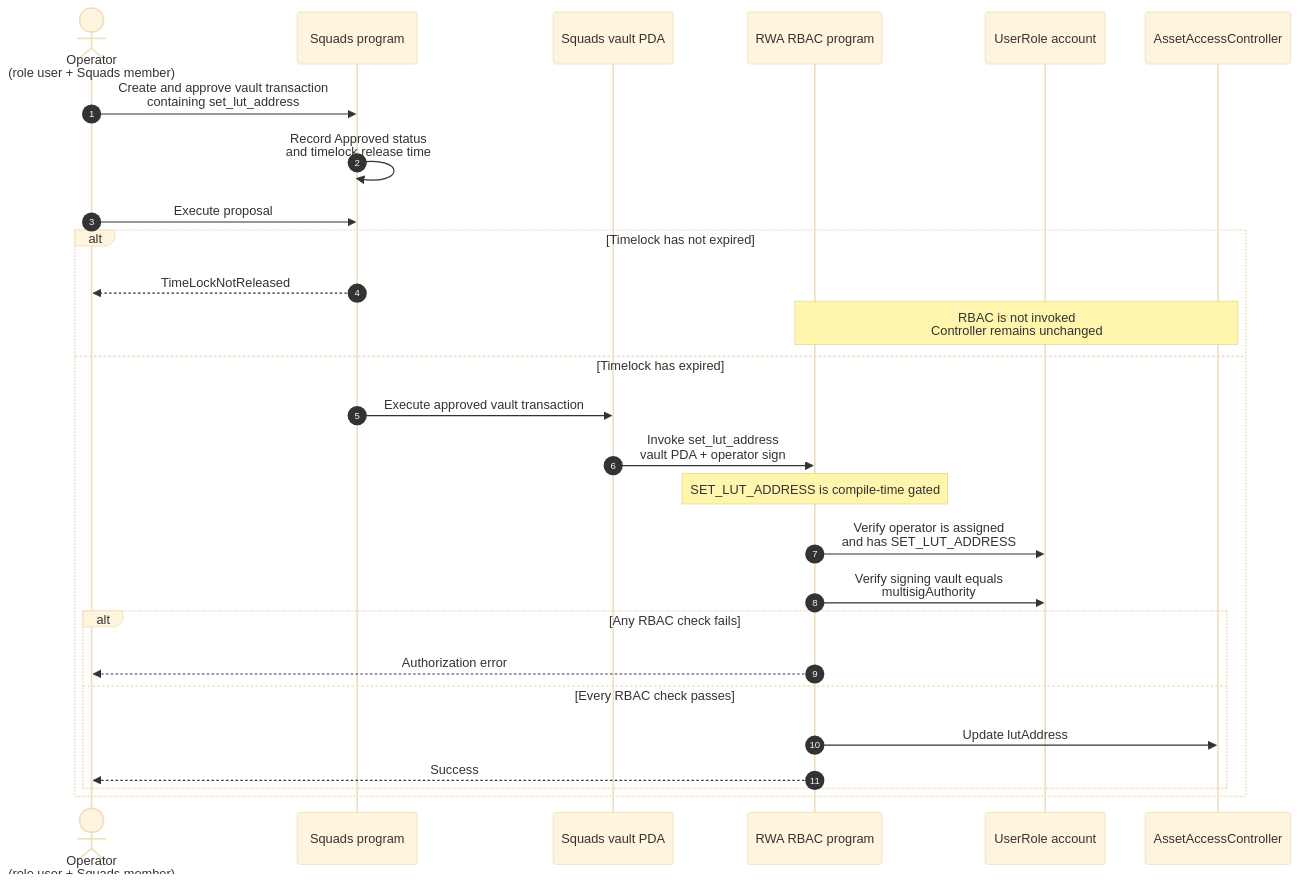
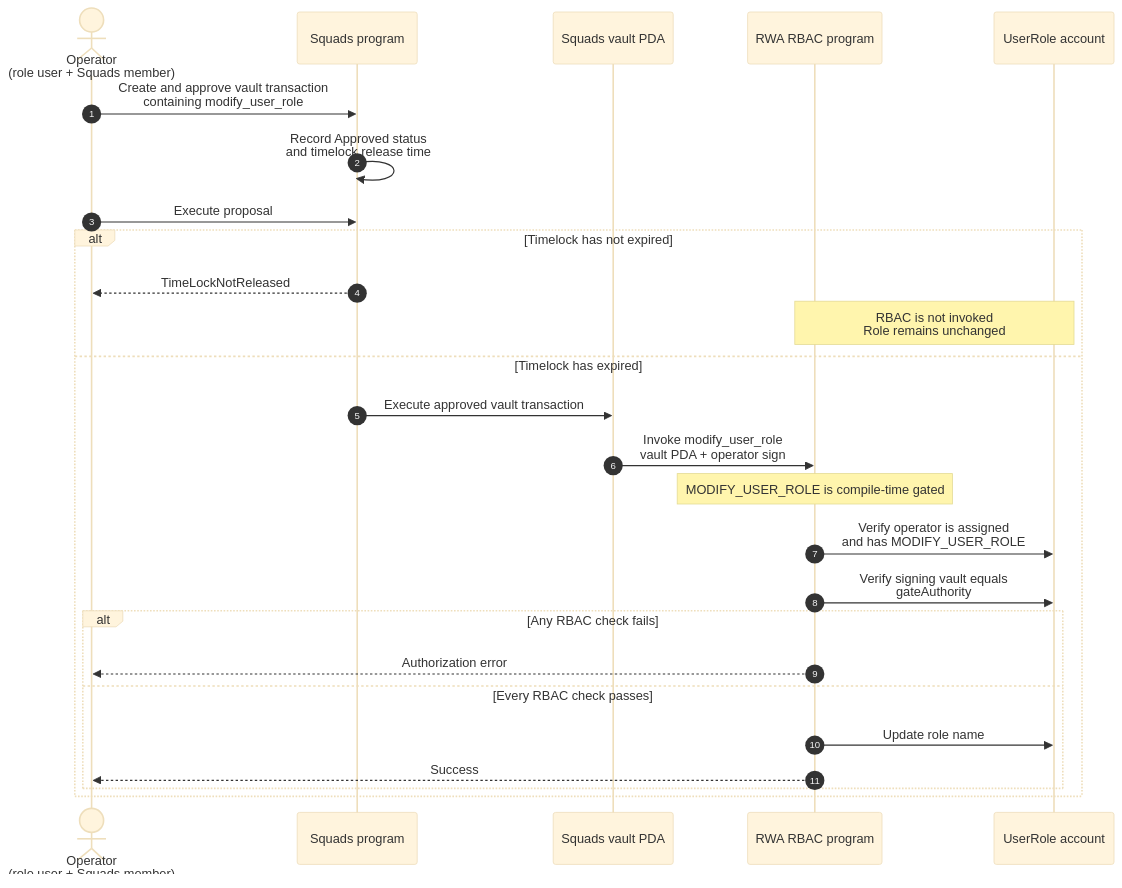
One commit to securitize-io/rwa-rbac changed the diagram in tests/timelocks-demo-scripts/README.md. Above: the diagram before and after it, drawn with Mermaid (base theme). The commit also changed other lines of this file and 62 other files, not shown here.

````diff
--- a/tests/timelocks-demo-scripts/README.md
+++ b/tests/timelocks-demo-scripts/README.md
@@ -12,31 +12,30 @@
 ```mermaid
 sequenceDiagram
     autonumber
     actor Operator as Operator<br/>(role user + Squads member)
     participant Squads as Squads program
     participant Vault as Squads vault PDA
     participant RBAC as RWA RBAC program
     participant Role as UserRole account
-    participant Controller as AssetAccessController
 
-    Operator->>Squads: Create and approve vault transaction<br/>containing set_lut_address
+    Operator->>Squads: Create and approve vault transaction<br/>containing modify_user_role
     Squads->>Squads: Record Approved status<br/>and timelock release time
 
     Operator->>Squads: Execute proposal
     alt Timelock has not expired
         Squads-->>Operator: TimeLockNotReleased
-        Note over RBAC,Controller: RBAC is not invoked<br/>Controller remains unchanged
+        Note over RBAC,Role: RBAC is not invoked<br/>Role remains unchanged
     else Timelock has expired
         Squads->>Vault: Execute approved vault transaction
-        Vault->>RBAC: Invoke set_lut_address<br/>vault PDA + operator sign
-        Note over RBAC: SET_LUT_ADDRESS is compile-time gated
-        RBAC->>Role: Verify operator is assigned<br/>and has SET_LUT_ADDRESS
-        RBAC->>Role: Verify signing vault equals<br/>multisigAuthority
+        Vault->>RBAC: Invoke modify_user_role<br/>vault PDA + operator sign
+        Note over RBAC: MODIFY_USER_ROLE is compile-time gated
+        RBAC->>Role: Verify operator is assigned<br/>and has MODIFY_USER_ROLE
+        RBAC->>Role: Verify signing vault equals<br/>gateAuthority
         alt Any RBAC check fails
             RBAC-->>Operator: Authorization error
         else Every RBAC check passes
-            RBAC->>Controller: Update lutAddress
+            RBAC->>Role: Update role name
             RBAC-->>Operator: Success
         end
     end
 ```
````
